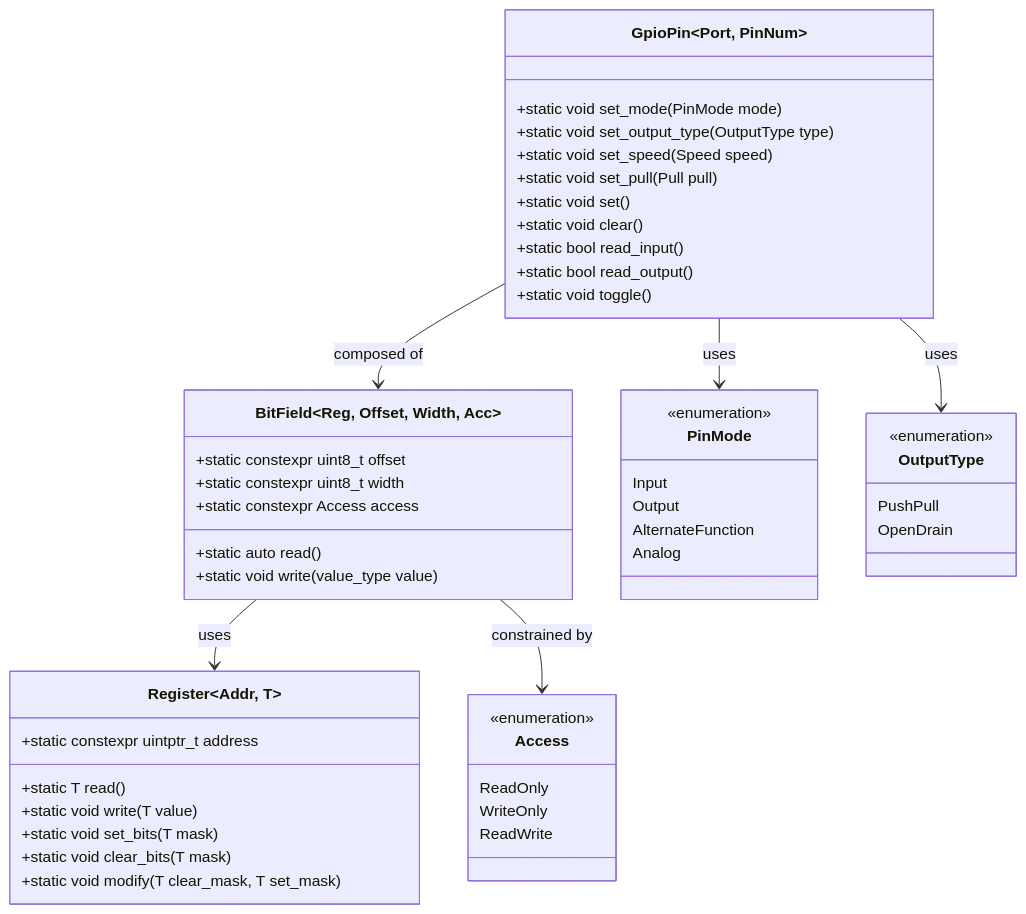
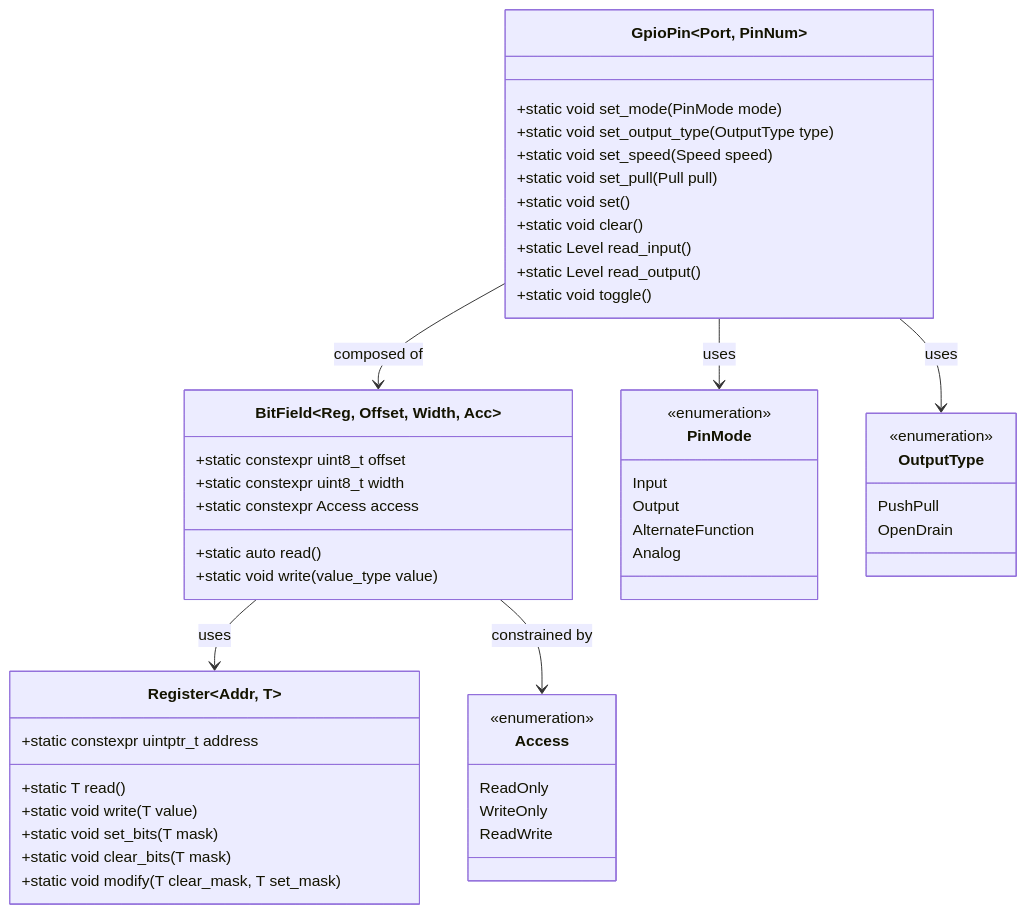
The second of 12 diagrams in docs/plan.md (grahame-org/ohal), drawn with Mermaid before and after one commit. The commit also changed other lines of this file and 10 other files, not shown here.

````diff
--- a/docs/plan.md
+++ b/docs/plan.md
@@ -134,58 +142,58 @@
 ```mermaid
 classDiagram
     class Register~Addr, T~ {
         +static constexpr uintptr_t address
         +static T read()
         +static void write(T value)
         +static void set_bits(T mask)
         +static void clear_bits(T mask)
         +static void modify(T clear_mask, T set_mask)
     }
 
     class BitField~Reg, Offset, Width, Acc~ {
         +static constexpr uint8_t offset
         +static constexpr uint8_t width
         +static constexpr Access access
         +static auto read()
         +static void write(value_type value)
     }
 
     class Access {
         <<enumeration>>
         ReadOnly
         WriteOnly
         ReadWrite
     }
 
     class GpioPin~Port, PinNum~ {
         +static void set_mode(PinMode mode)
         +static void set_output_type(OutputType type)
         +static void set_speed(Speed speed)
         +static void set_pull(Pull pull)
         +static void set()
         +static void clear()
-        +static bool read_input()
-        +static bool read_output()
+        +static Level read_input()
+        +static Level read_output()
         +static void toggle()
     }
 
     class PinMode {
         <<enumeration>>
         Input
         Output
         AlternateFunction
         Analog
     }
 
     class OutputType {
         <<enumeration>>
         PushPull
         OpenDrain
     }
 
     BitField --> Register : uses
     BitField --> Access : constrained by
     GpioPin --> BitField : composed of
     GpioPin --> PinMode : uses
     GpioPin --> OutputType : uses
 ```
````
